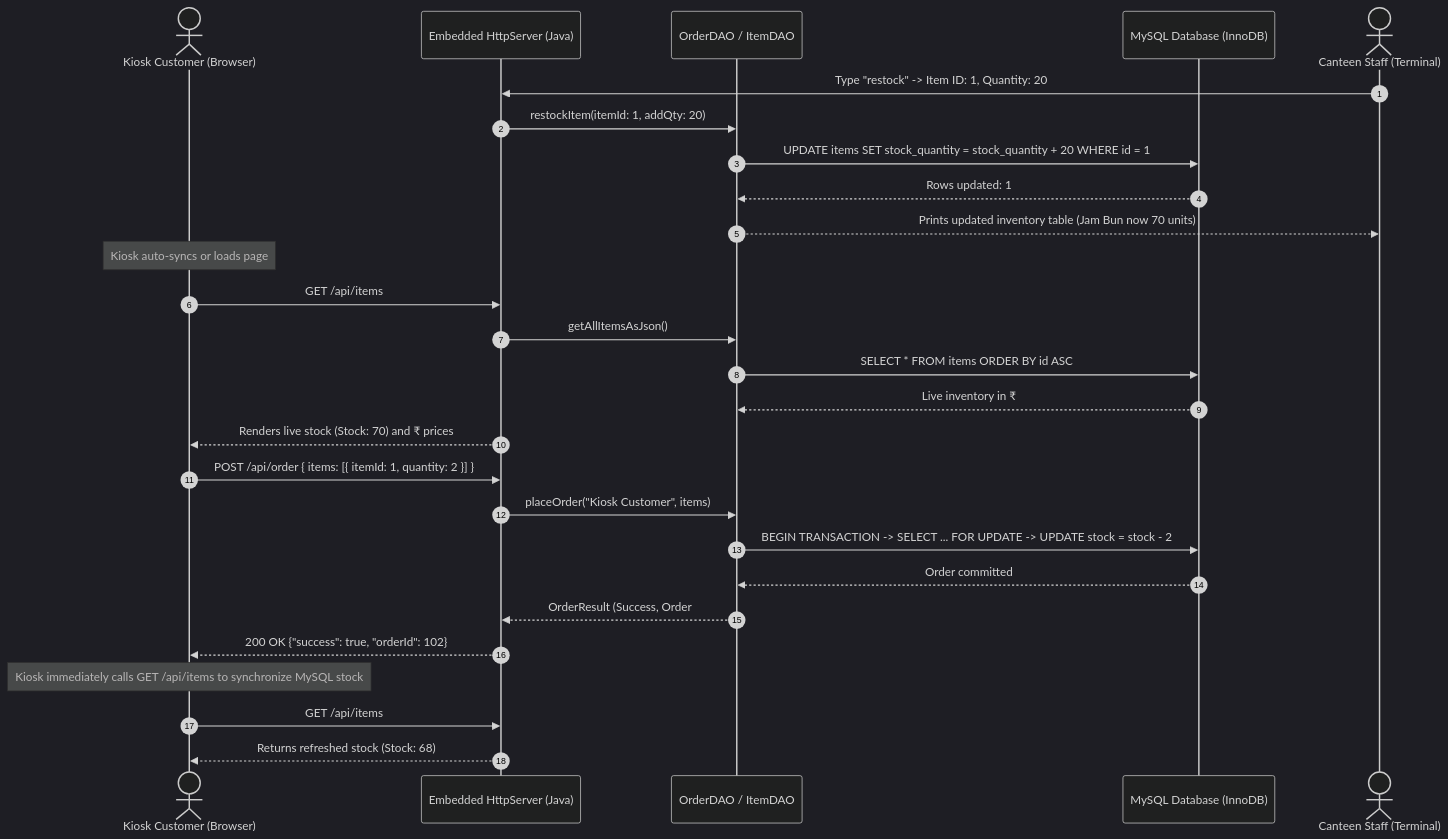
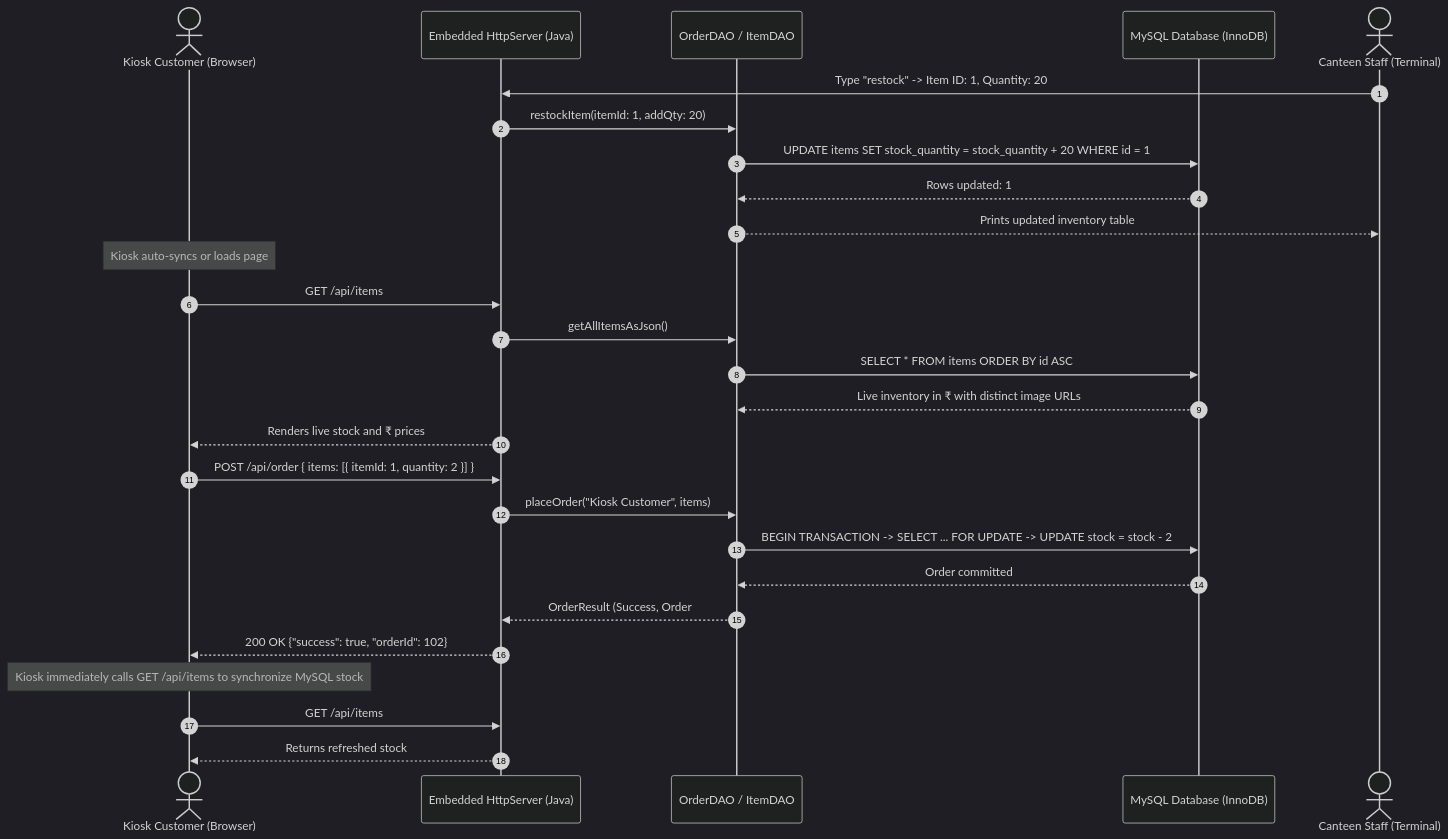
The diagram in README.md (Sreeja-T387/Food-Metric-System), drawn with Mermaid (dark theme) before and after one commit. The commit also changed other lines of this file and 3 other files, not shown here.

````diff
--- a/README.md
+++ b/README.md
@@ -41,33 +49,33 @@
 ```mermaid
 sequenceDiagram
     autonumber
     actor Customer as Kiosk Customer (Browser)
     participant Server as Embedded HttpServer (Java)
     participant DAO as OrderDAO / ItemDAO
     participant DB as MySQL Database (InnoDB)
     actor Admin as Canteen Staff (Terminal)
 
     Admin->>Server: Type "restock" -> Item ID: 1, Quantity: 20
     Server->>DAO: restockItem(itemId: 1, addQty: 20)
     DAO->>DB: UPDATE items SET stock_quantity = stock_quantity + 20 WHERE id = 1
     DB-->>DAO: Rows updated: 1
-    DAO-->>Admin: Prints updated inventory table (Jam Bun now 70 units)
+    DAO-->>Admin: Prints updated inventory table
 
     Note over Customer: Kiosk auto-syncs or loads page
     Customer->>Server: GET /api/items
     Server->>DAO: getAllItemsAsJson()
     DAO->>DB: SELECT * FROM items ORDER BY id ASC
-    DB-->>DAO: Live inventory in ₹
-    Server-->>Customer: Renders live stock (Stock: 70) and ₹ prices
+    DB-->>DAO: Live inventory in ₹ with distinct image URLs
+    Server-->>Customer: Renders live stock and ₹ prices
 
     Customer->>Server: POST /api/order { items: [{ itemId: 1, quantity: 2 }] }
     Server->>DAO: placeOrder("Kiosk Customer", items)
     DAO->>DB: BEGIN TRANSACTION -> SELECT ... FOR UPDATE -> UPDATE stock = stock - 2
     DB-->>DAO: Order committed
     DAO-->>Server: OrderResult (Success, Order #102)
     Server-->>Customer: 200 OK {"success": true, "orderId": 102}
 
     Note over Customer: Kiosk immediately calls GET /api/items to synchronize MySQL stock
     Customer->>Server: GET /api/items
-    Server-->>Customer: Returns refreshed stock (Stock: 68)
+    Server-->>Customer: Returns refreshed stock
 ```
````
